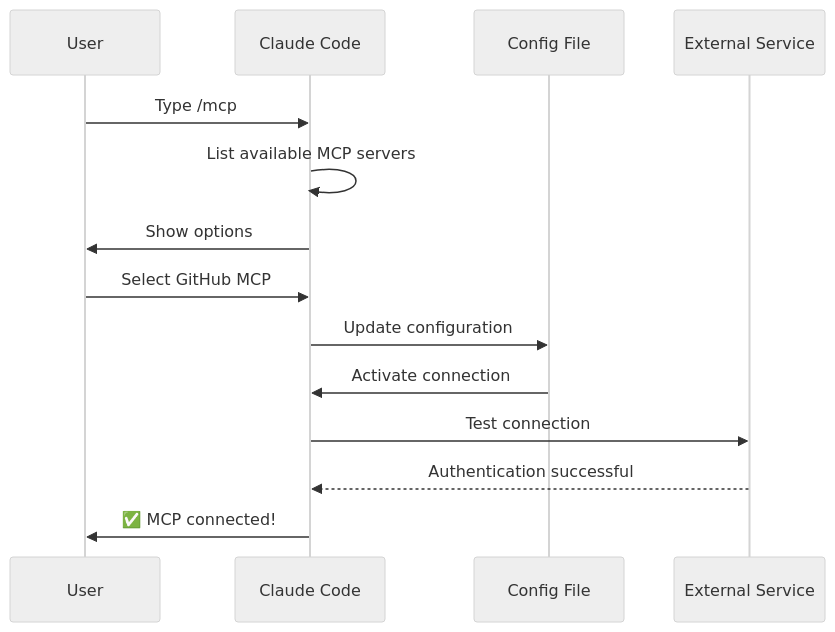
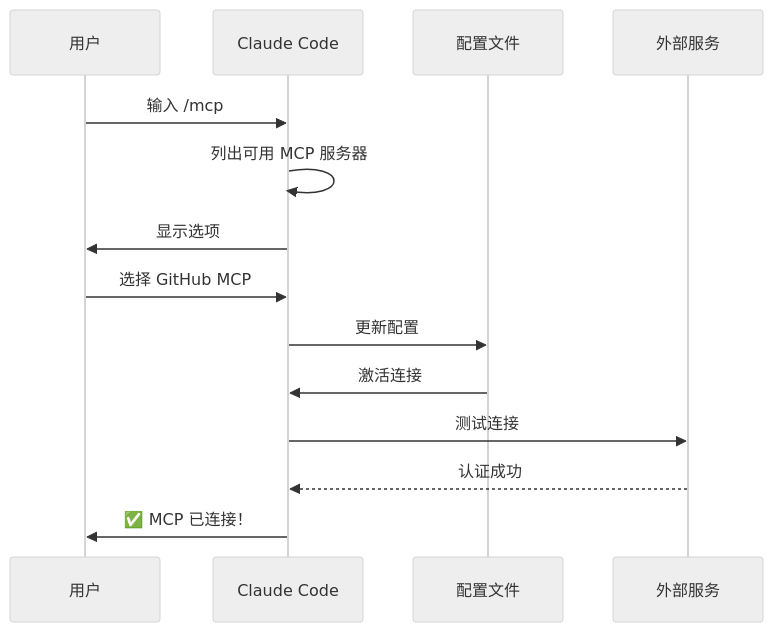
The third of 7 diagrams in 05-mcp/README.md (wgqi1126/claude-howto-zh-cn), drawn with Mermaid (neutral theme) before and after one commit. The commit also changed other lines of this file and 49 other files, not shown here.

````diff
--- a/05-mcp/README.md
+++ b/05-mcp/README.md
@@ -198,17 +198,17 @@
 ```mermaid
 sequenceDiagram
-    participant User
+    participant User as 用户
     participant Claude as Claude Code
-    participant Config as Config File
-    participant Service as External Service
+    participant Config as 配置文件
+    participant Service as 外部服务
 
-    User->>Claude: Type /mcp
-    Claude->>Claude: List available MCP servers
-    Claude->>User: Show options
-    User->>Claude: Select GitHub MCP
-    Claude->>Config: Update configuration
-    Config->>Claude: Activate connection
-    Claude->>Service: Test connection
-    Service-->>Claude: Authentication successful
-    Claude->>User: ✅ MCP connected!
+    User->>Claude: 输入 /mcp
+    Claude->>Claude: 列出可用 MCP 服务器
+    Claude->>User: 显示选项
+    User->>Claude: 选择 GitHub MCP
+    Claude->>Config: 更新配置
+    Config->>Claude: 激活连接
+    Claude->>Service: 测试连接
+    Service-->>Claude: 认证成功
+    Claude->>User: ✅ MCP 已连接！
 ```
````
